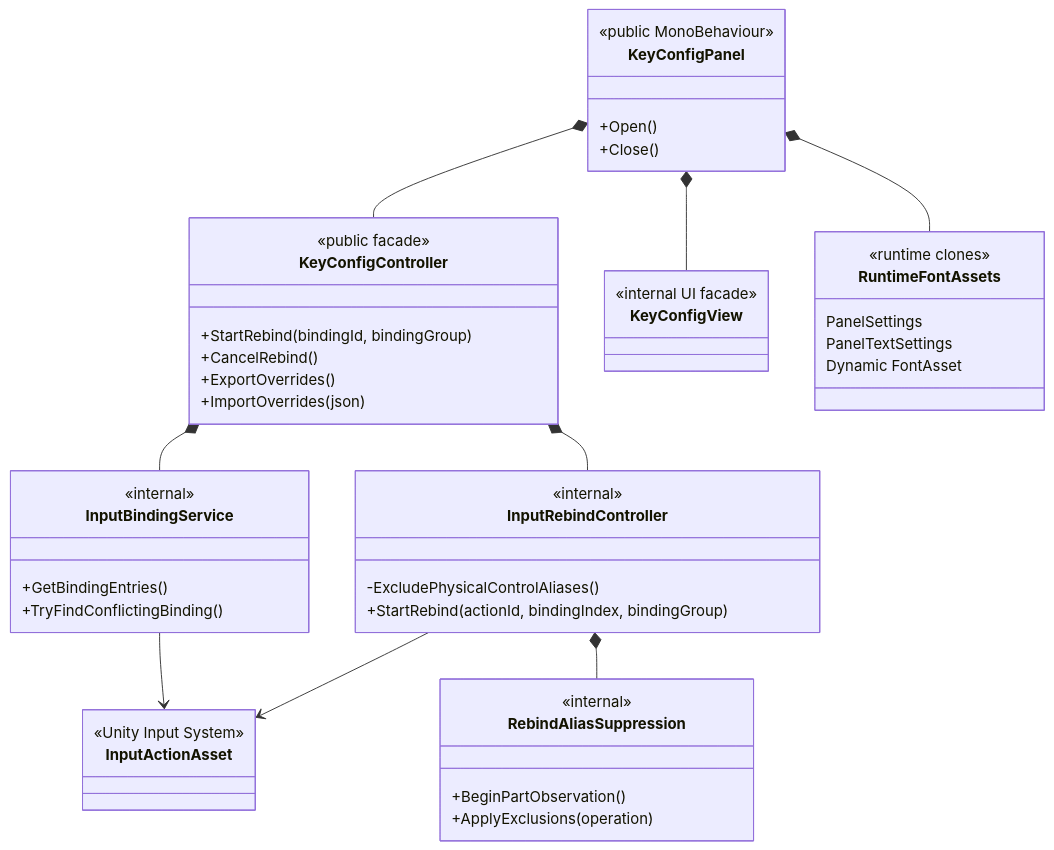
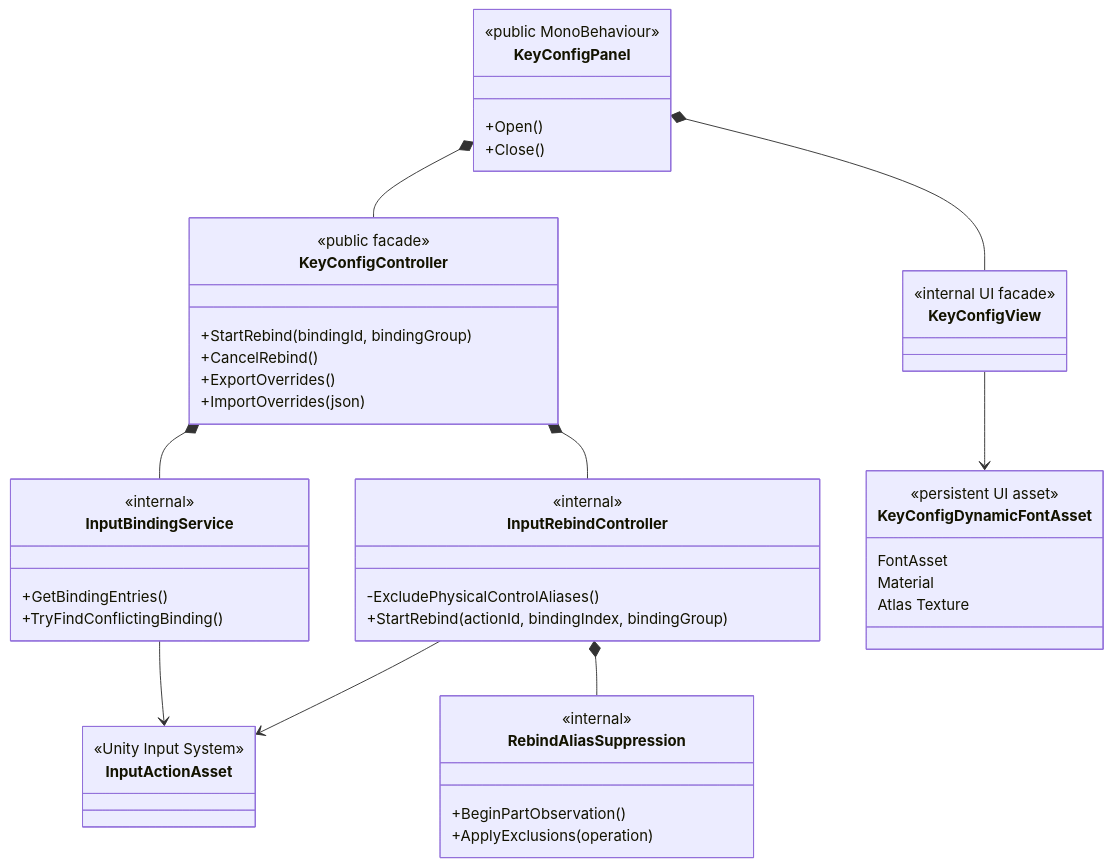
The first of 2 diagrams in Documentation/KeyConfigArchitecture.md (koiusa/SteamMultiRuntime), drawn with Mermaid before and after one commit. The commit also changed 9 other files, not shown here.

First line of the commit message:
fix: KeyConfig終了時のUI Toolkit Text Job例外を修正

````diff
--- a/Documentation/KeyConfigArchitecture.md
+++ b/Documentation/KeyConfigArchitecture.md
@@ -7,51 +7,51 @@
 ```mermaid
 classDiagram
     class KeyConfigPanel {
         <<public MonoBehaviour>>
         +Open()
         +Close()
     }
     class KeyConfigController {
         <<public facade>>
         +StartRebind(bindingId, bindingGroup)
         +CancelRebind()
         +ExportOverrides()
         +ImportOverrides(json)
     }
     class InputBindingService {
         <<internal>>
         +GetBindingEntries()
         +TryFindConflictingBinding()
     }
     class InputRebindController {
         <<internal>>
         -ExcludePhysicalControlAliases()
         +StartRebind(actionId, bindingIndex, bindingGroup)
     }
     class RebindAliasSuppression {
         <<internal>>
         +BeginPartObservation()
         +ApplyExclusions(operation)
     }
     class KeyConfigView {
         <<internal UI facade>>
     }
-    class RuntimeFontAssets {
-        <<runtime clones>>
-        PanelSettings
-        PanelTextSettings
-        Dynamic FontAsset
+    class KeyConfigDynamicFontAsset {
+        <<persistent UI asset>>
+        FontAsset
+        Material
+        Atlas Texture
     }
     class InputActionAsset {
         <<Unity Input System>>
     }
 
     KeyConfigPanel *-- KeyConfigController
     KeyConfigPanel *-- KeyConfigView
-    KeyConfigPanel *-- RuntimeFontAssets
+    KeyConfigView --> KeyConfigDynamicFontAsset
     KeyConfigController *-- InputBindingService
     KeyConfigController *-- InputRebindController
     InputRebindController *-- RebindAliasSuppression
     InputBindingService --> InputActionAsset
     InputRebindController --> InputActionAsset
 ```
````
